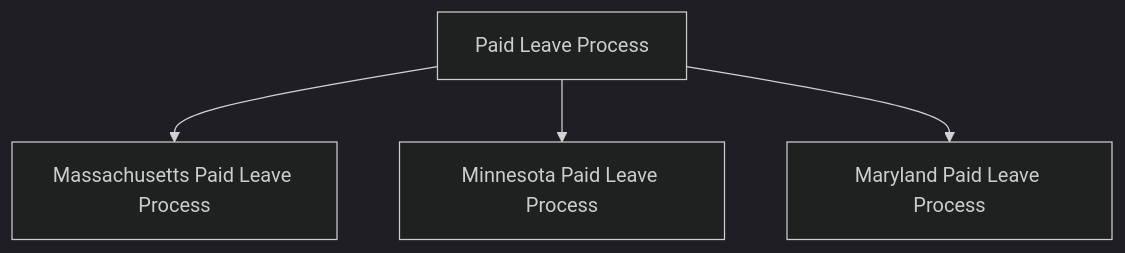
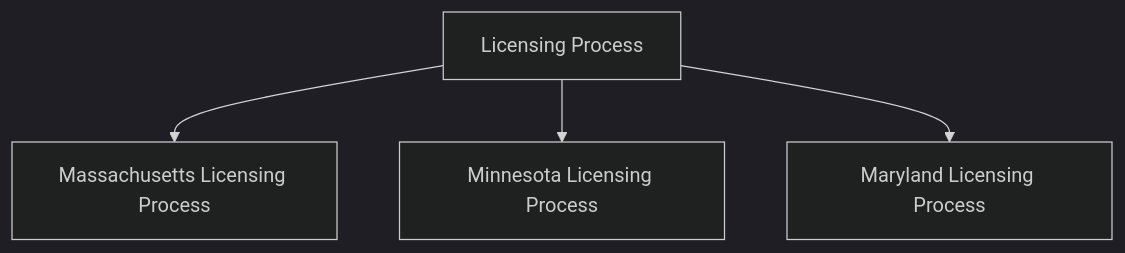
Before and after one commit to navapbc/flex-sdk: the fourth of 4 diagrams in docs/business-process-family-tree.md, drawn with Mermaid (dark theme). The commit also changed other lines of this file and 34 other files, not shown here.

````diff
--- a/docs/business-process-family-tree.md
+++ b/docs/business-process-family-tree.md
@@ -59,6 +59,6 @@
 ```mermaid
 graph TD
-  PL[Paid Leave Process] --> MA[Massachusetts Paid Leave Process]
-  PL[Paid Leave Process] --> MN[Minnesota Paid Leave Process]
-  PL[Paid Leave Process] --> MD[Maryland Paid Leave Process]
+  LP[Licensing Process] --> MA[Massachusetts Licensing Process]
+  LP[Licensing Process] --> MN[Minnesota Licensing Process]
+  LP[Licensing Process] --> MD[Maryland Licensing Process]
 ```
````
